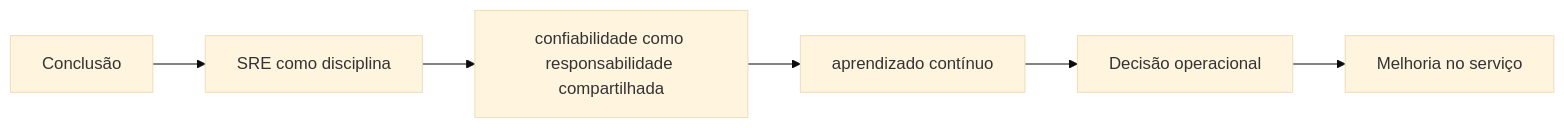
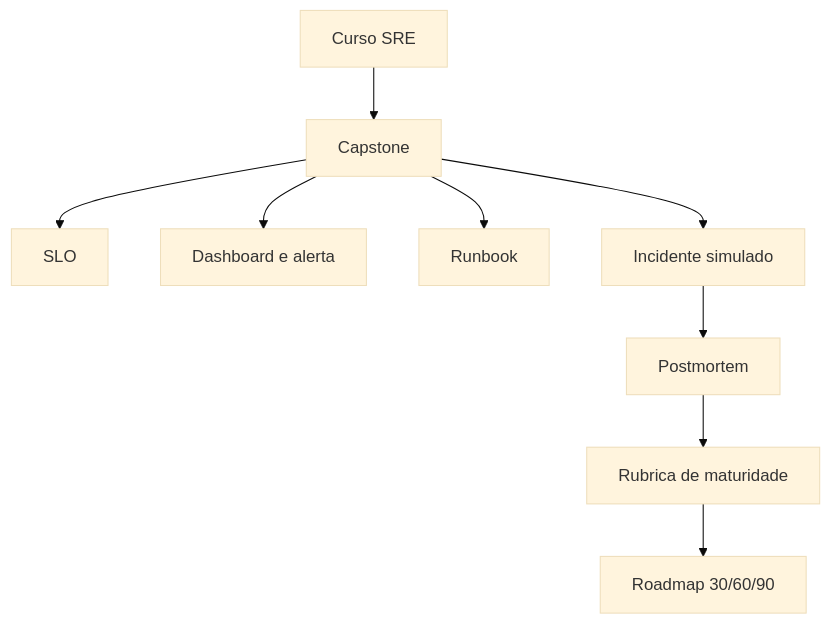
Before and after one commit to rafaelrezo/curso-engenharia-confiabilidade: the diagram in docs/capitulos/capitulo-25.md, drawn with Mermaid (base theme). The commit also changed other lines of this file and 31 other files, not shown here.

Commit message:
Melhora plano SRE do curso

````diff
--- a/docs/capitulos/capitulo-25.md
+++ b/docs/capitulos/capitulo-25.md
@@ -96,8 +128,11 @@
 ```mermaid
-flowchart LR
-    Tema["Conclusão"] --> C1["SRE como disciplina"]
-    C1 --> C2["confiabilidade como responsabilidade compartilhada"]
-    C2 --> C3["aprendizado contínuo"]
-    C3 --> Decisao["Decisão operacional"]
-    Decisao --> Acao["Melhoria no serviço"]
+flowchart TD
+    Curso["Curso SRE"] --> Capstone["Capstone"]
+    Capstone --> SLO["SLO"]
+    Capstone --> Obs["Dashboard e alerta"]
+    Capstone --> Runbook["Runbook"]
+    Capstone --> Simulado["Incidente simulado"]
+    Simulado --> Postmortem["Postmortem"]
+    Postmortem --> Rubrica["Rubrica de maturidade"]
+    Rubrica --> Roadmap["Roadmap 30/60/90"]
 ```
````
